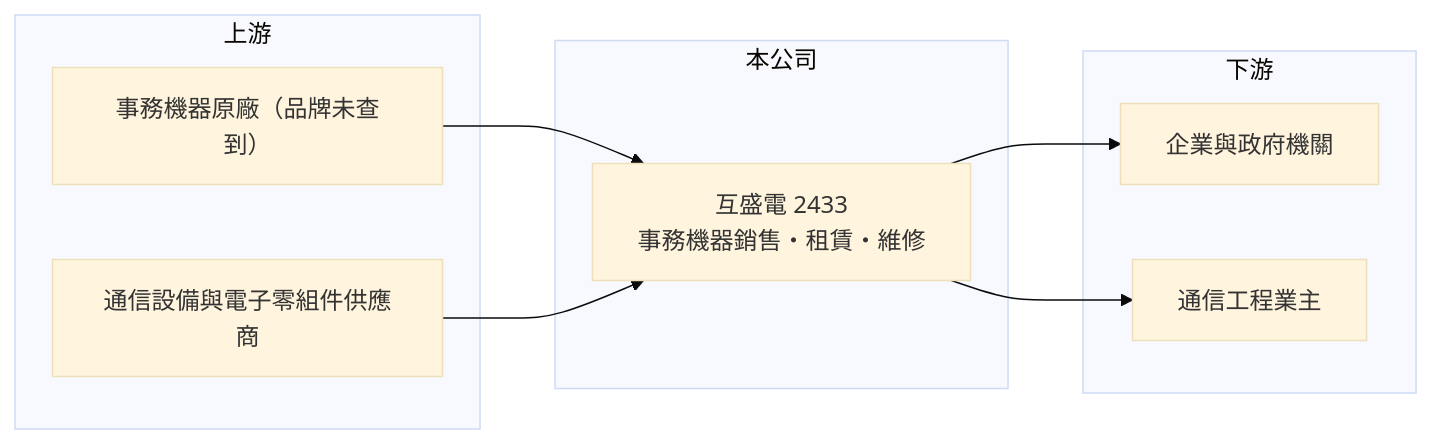
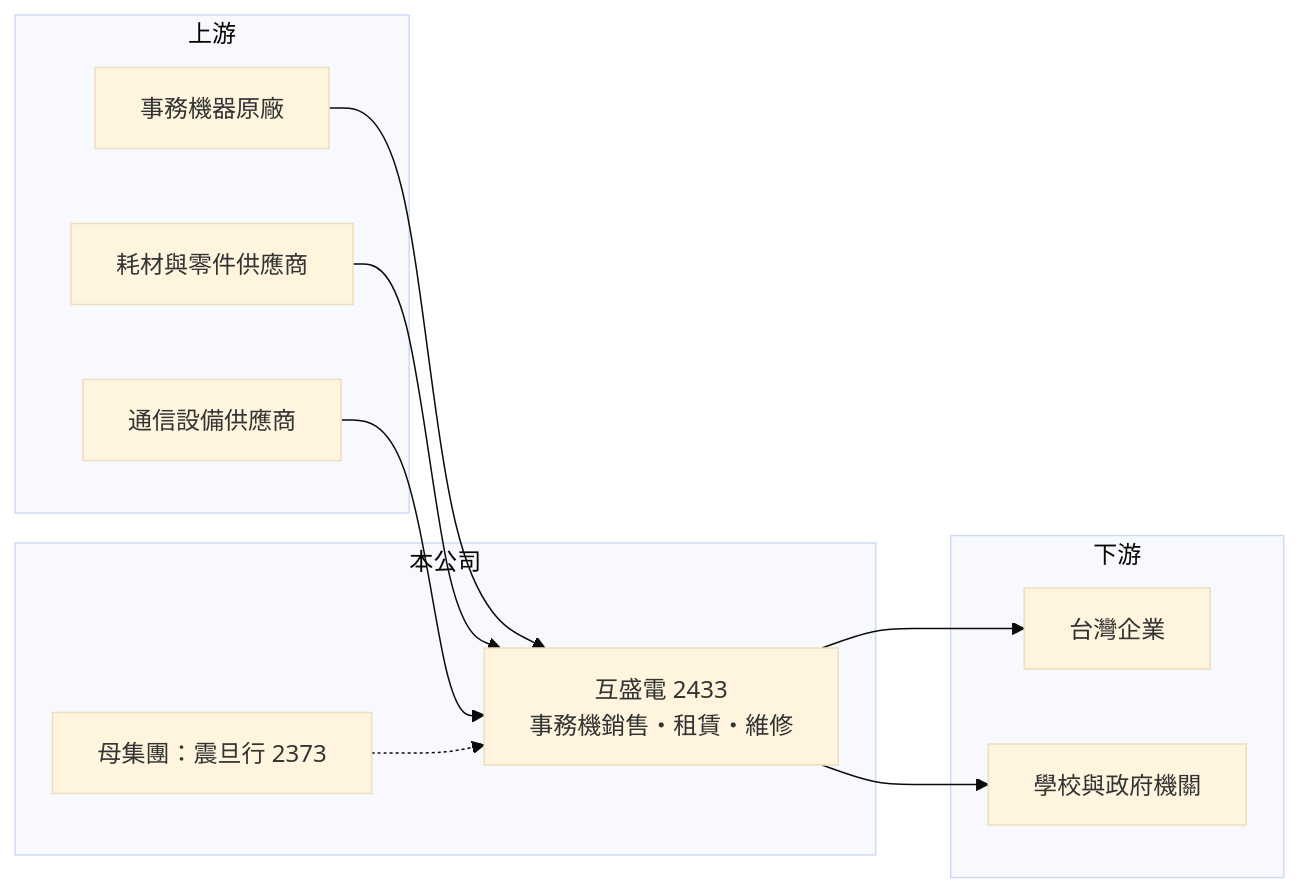
Before and after one commit to wangnick1004/taiwan-stock-vault: the diagram in 個股/台股/2433互盛電.md, drawn with Mermaid (base theme). The commit also changed other lines of this file and 10 other files, not shown here.

````diff
--- a/個股/台股/2433互盛電.md
+++ b/個股/台股/2433互盛電.md
@@ -86,18 +99,22 @@
 ```mermaid
 flowchart LR
     subgraph 上游
-        A1["事務機器原廠（品牌未查到）"]
-        A2["通信設備與電子零組件供應商"]
+        A1[事務機器原廠]
+        A2[耗材與零件供應商]
+        A3[通信設備供應商]
     end
     subgraph 本公司
-        B["互盛電 2433<br/>事務機器銷售・租賃・維修"]
+        B[互盛電 2433<br/>事務機銷售・租賃・維修]
+        B2[母集團：震旦行 2373]
     end
     subgraph 下游
-        C1["企業與政府機關"]
-        C2["通信工程業主"]
+        C1[台灣企業]
+        C2[學校與政府機關]
     end
     A1 --> B
     A2 --> B
+    A3 --> B
+    B2 -.-> B
     B --> C1
     B --> C2
 ```
````
